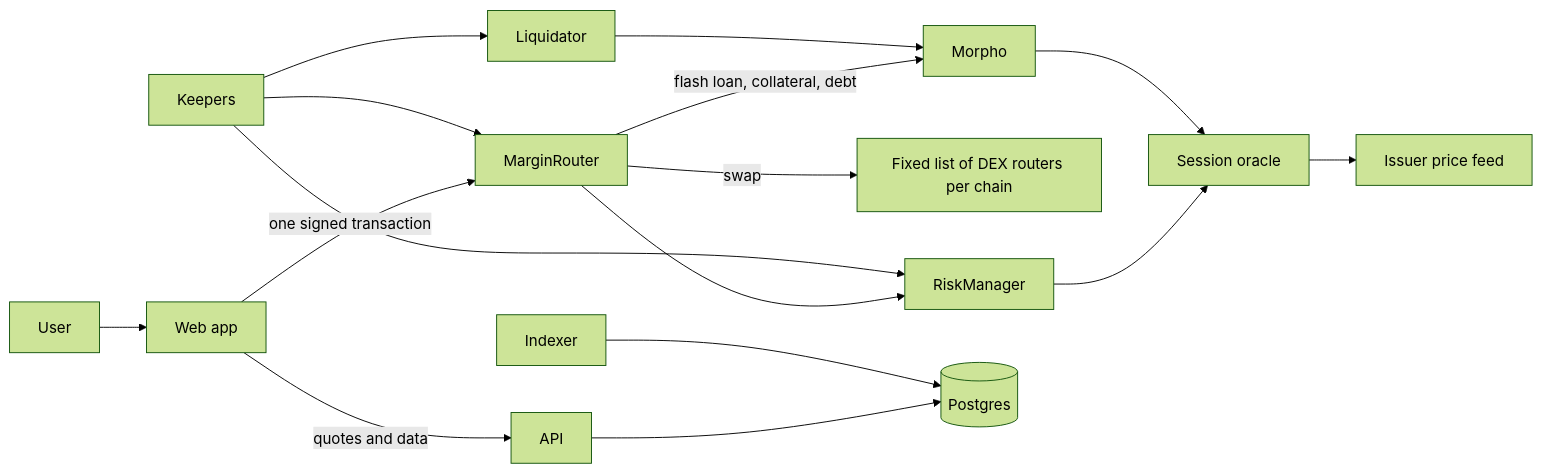
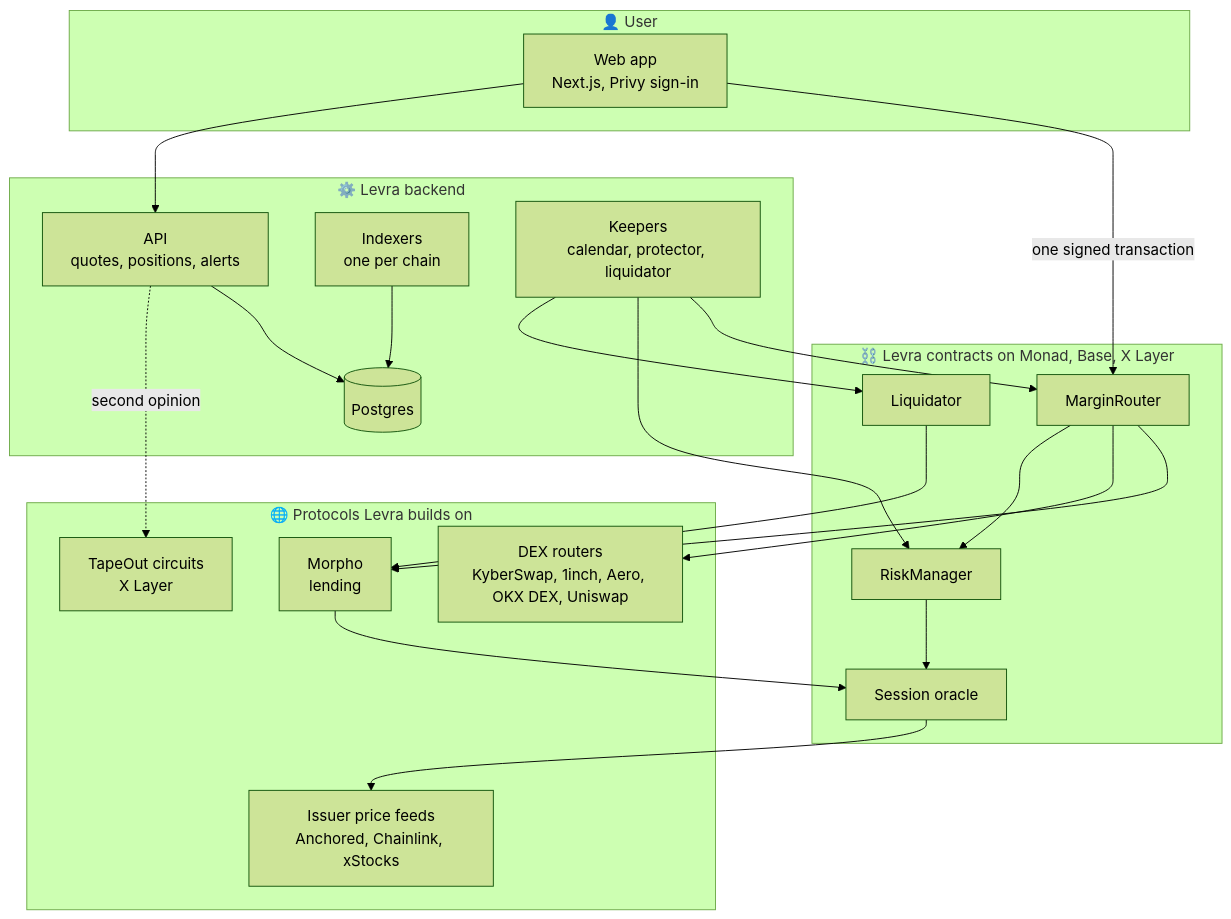
Before and after one commit to wngstnr-code/levra: the first of 3 diagrams in README.md, drawn with Mermaid (forest theme). The commit also changed other lines of this file, not shown here.

````diff
--- a/README.md
+++ b/README.md
@@ -57,17 +59,41 @@
 ```mermaid
-flowchart LR
-    U[User] --> WEB[Web app]
-    WEB -->|quotes and data| API[API]
-    WEB -->|one signed transaction| ROUTER[MarginRouter]
-    ROUTER -->|flash loan, collateral, debt| MORPHO[Morpho]
-    ROUTER -->|swap| DEX[Fixed list of DEX routers per chain]
-    ROUTER --> RISK[RiskManager]
-    RISK --> ORACLE[Session oracle]
+flowchart TB
+    subgraph Client["👤 User"]
+        WEB["Web app<br/>Next.js, Privy sign-in"]
+    end
+
+    subgraph OffChain["⚙️ Levra backend"]
+        API["API<br/>quotes, positions, alerts"]
+        IDX["Indexers<br/>one per chain"]
+        KEEP["Keepers<br/>calendar, protector, liquidator"]
+        DB[("Postgres")]
+    end
+
+    subgraph OnChain["⛓️ Levra contracts on Monad, Base, X Layer"]
+        ROUTER["MarginRouter"]
+        RISK["RiskManager"]
+        LIQ["Liquidator"]
+        ORACLE["Session oracle"]
+    end
+
+    subgraph External["🌐 Protocols Levra builds on"]
+        MORPHO["Morpho<br/>lending"]
+        DEX["DEX routers<br/>KyberSwap, 1inch, Aero, OKX DEX, Uniswap"]
+        FEED["Issuer price feeds<br/>Anchored, Chainlink, xStocks"]
+        TAPE["TapeOut circuits<br/>X Layer"]
+    end
+
+    WEB -->|one signed transaction| ROUTER
+    WEB --> API
+    API --> DB
+    IDX --> DB
+    ROUTER --> MORPHO
+    ROUTER --> DEX
+    ROUTER --> RISK
+    RISK --> ORACLE --> FEED
     MORPHO --> ORACLE
-    ORACLE --> ISSUER[Issuer price feed]
-    KEEPER[Keepers] --> ROUTER
-    KEEPER --> LIQ[Liquidator] --> MORPHO
-    KEEPER --> RISK
-    API --> DB[(Postgres)]
-    IDX[Indexer] --> DB
+    KEEP --> ROUTER
+    KEEP --> RISK
+    KEEP --> LIQ --> MORPHO
+    API -.second opinion.-> TAPE
 ```
````
